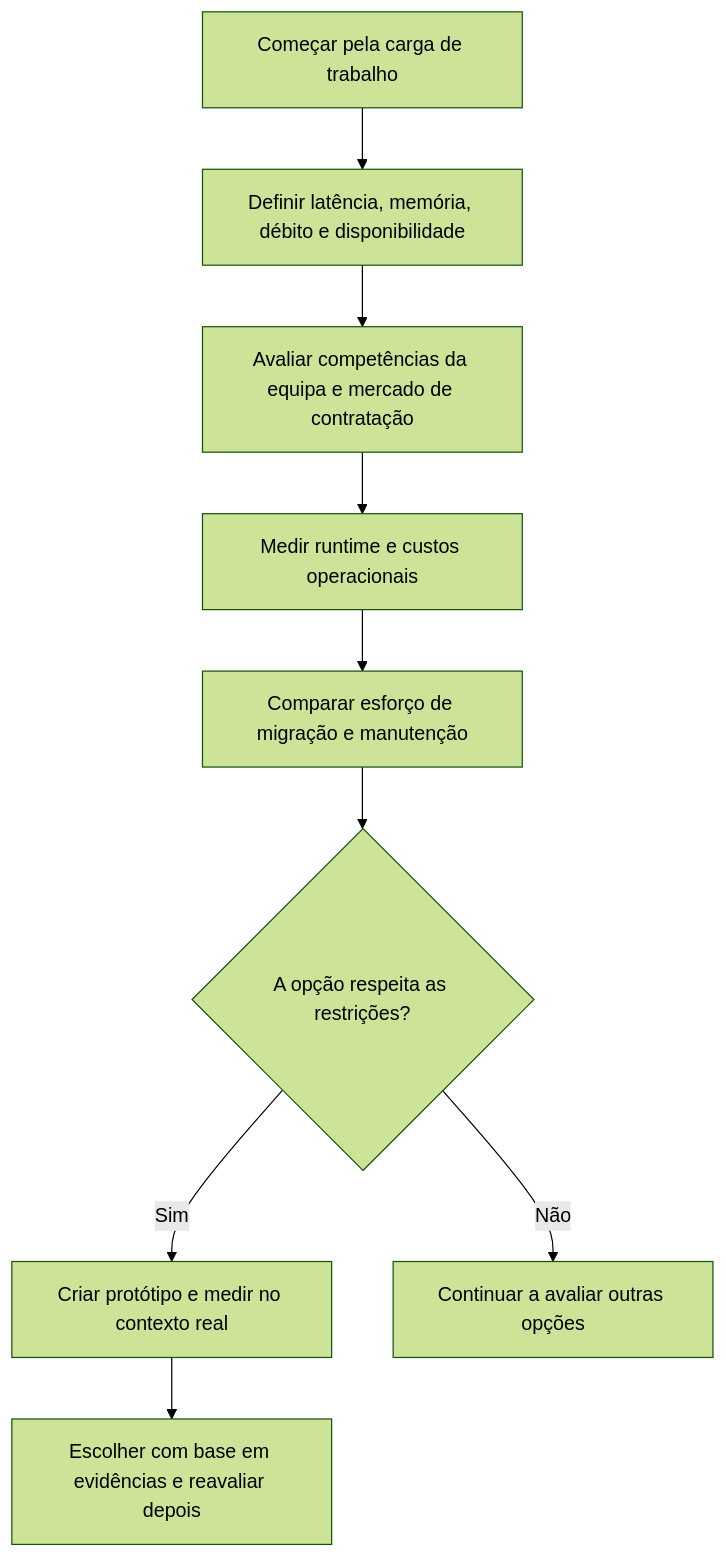
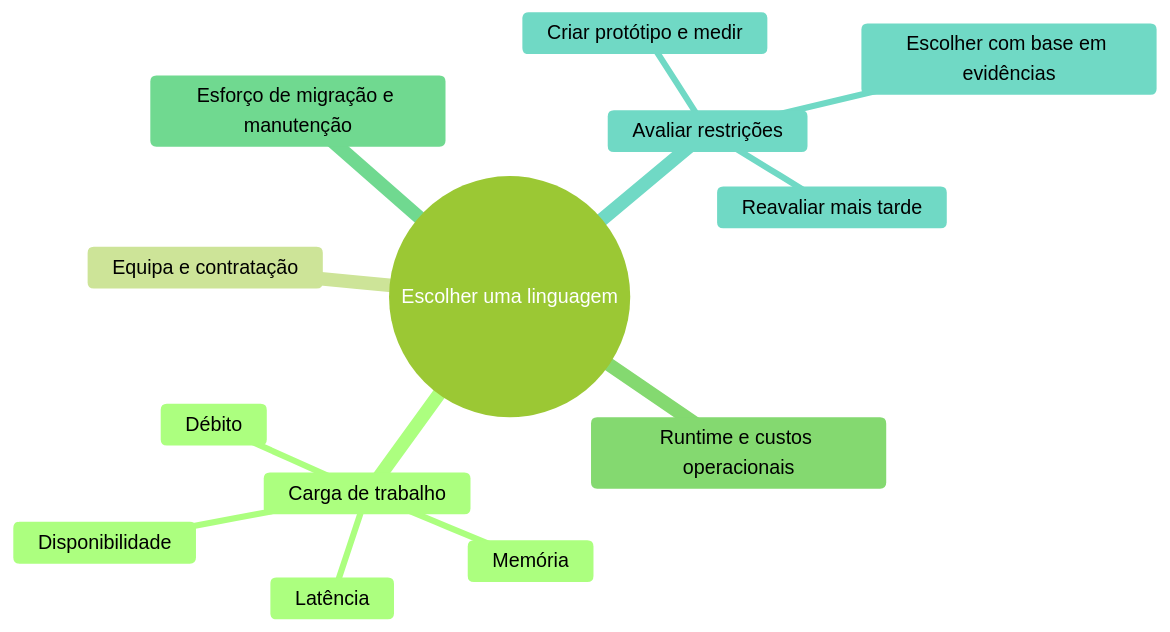
The third of 3 diagrams in content/pt/articles/your-language-is-special/index.md (dyotamo/blog), drawn with Mermaid (forest theme) before and after one commit. The commit also changed other lines of this file and 26 other files, not shown here.

````diff
--- a/content/pt/articles/your-language-is-special/index.md
+++ b/content/pt/articles/your-language-is-special/index.md
@@ -101,11 +107,16 @@
 ```mermaid
-flowchart TD
-    A[Começar pela carga de trabalho] --> B[Definir latência, memória, débito e disponibilidade]
-    B --> C[Avaliar competências da equipa e mercado de contratação]
-    C --> D[Medir runtime e custos operacionais]
-    D --> E[Comparar esforço de migração e manutenção]
-    E --> F{A opção respeita as restrições?}
-    F -->|Sim| G[Criar protótipo e medir no contexto real]
-    G --> H[Escolher com base em evidências e reavaliar depois]
-    F -->|Não| I[Continuar a avaliar outras opções]
+mindmap
+  root((Escolher uma linguagem))
+    Carga de trabalho
+      Latência
+      Memória
+      Débito
+      Disponibilidade
+    Equipa e contratação
+    Runtime e custos operacionais
+    Esforço de migração e manutenção
+    Avaliar restrições
+      Criar protótipo e medir
+      Escolher com base em evidências
+      Reavaliar mais tarde
 ```
````
